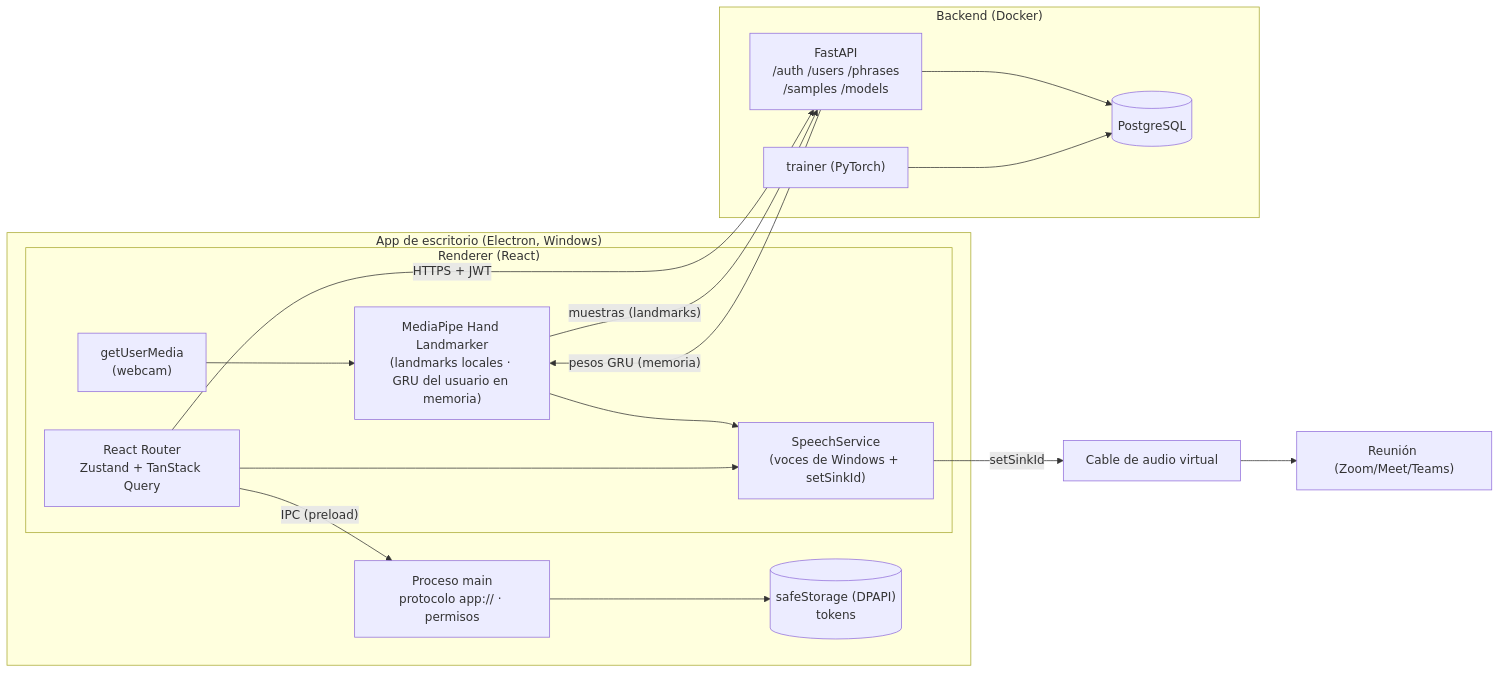
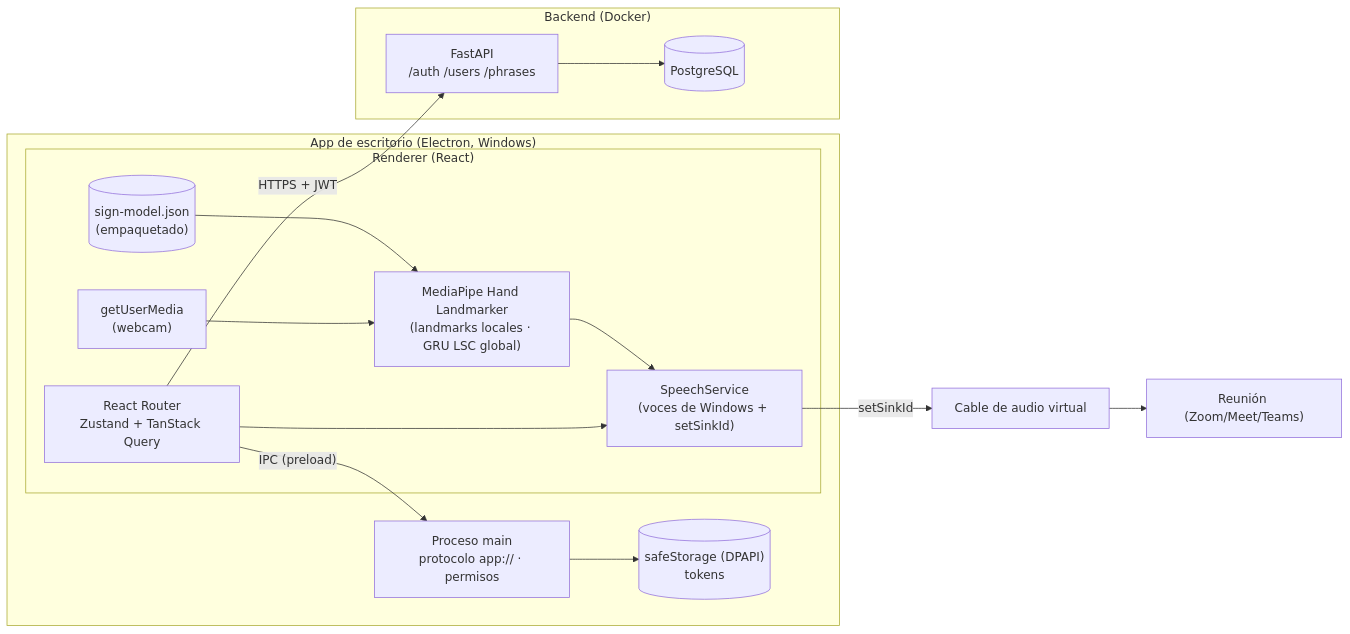
The diagram in docs/ARCHITECTURE.md (SantiagoTyrsArv/VISIONTS), drawn with Mermaid before and after one commit. The commit also changed other lines of this file and 2 other files, not shown here.

Commit message:
docs: modelo global, requisitos de build:win y variables de despliegue

````diff
--- a/docs/ARCHITECTURE.md
+++ b/docs/ARCHITECTURE.md
@@ -5,32 +5,30 @@
 ```mermaid
 flowchart LR
   subgraph Desktop["App de escritorio (Electron, Windows)"]
     subgraph Renderer["Renderer (React)"]
       Cam["getUserMedia\n(webcam)"]
-      Rec["MediaPipe Hand Landmarker\n(landmarks locales · GRU del usuario en memoria)"]
+      Rec["MediaPipe Hand Landmarker\n(landmarks locales · GRU LSC global)"]
+      Model[("sign-model.json\n(empaquetado)")]
+      Model --> Rec
       Speech["SpeechService\n(voces de Windows + setSinkId)"]
       UI["React Router\nZustand + TanStack Query"]
       Cam --> Rec --> Speech
       UI --> Speech
     end
     Main["Proceso main\nprotocolo app:// · permisos"]
     Store[("safeStorage (DPAPI)\ntokens")]
     UI -- "IPC (preload)" --> Main --> Store
   end
 
   subgraph Server["Backend (Docker)"]
-    API["FastAPI\n/auth /users /phrases\n/samples /models"]
+    API["FastAPI\n/auth /users /phrases"]
     DB[("PostgreSQL")]
-    Trainer["trainer (PyTorch)"]
     API --> DB
-    Trainer --> DB
   end
 
   VCable["Cable de audio virtual"]
   Meet["Reunión (Zoom/Meet/Teams)"]
 
   UI -- "HTTPS + JWT" --> API
-  Rec -- "muestras (landmarks)" --> API
-  API -- "pesos GRU (memoria)" --> Rec
   Speech -- "setSinkId" --> VCable --> Meet
 ```
````
